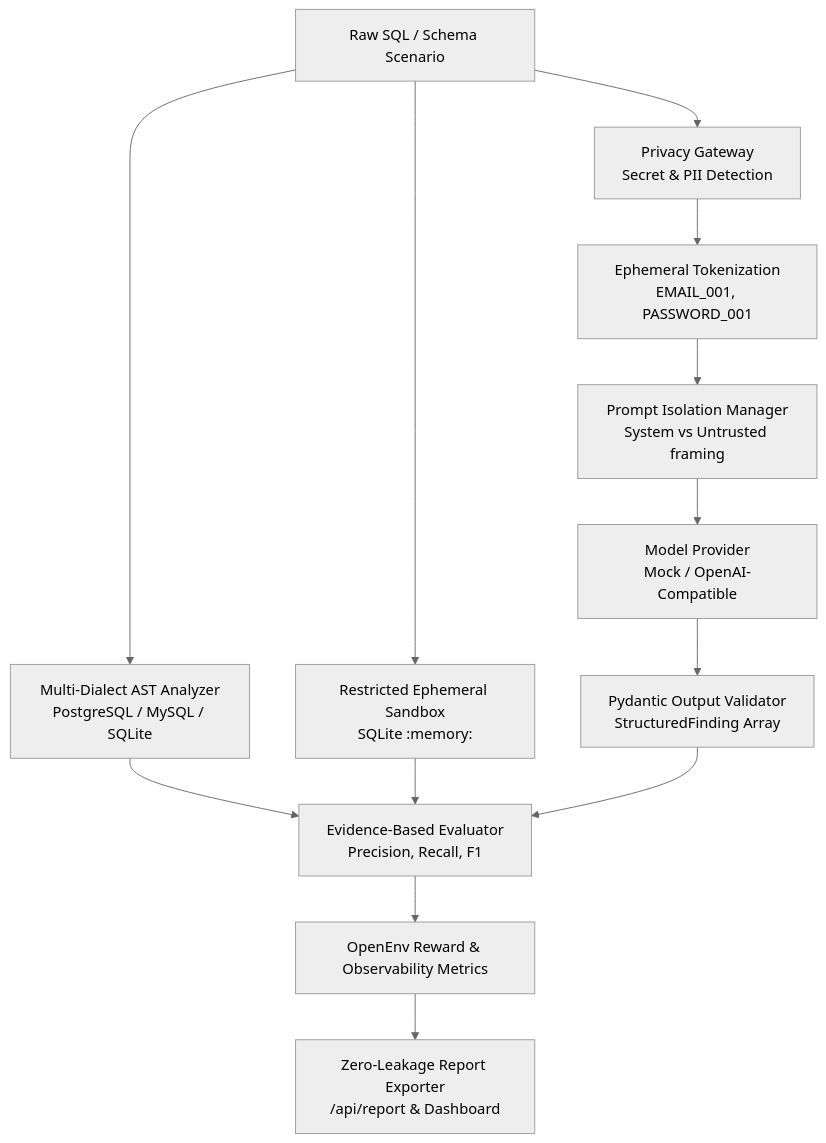
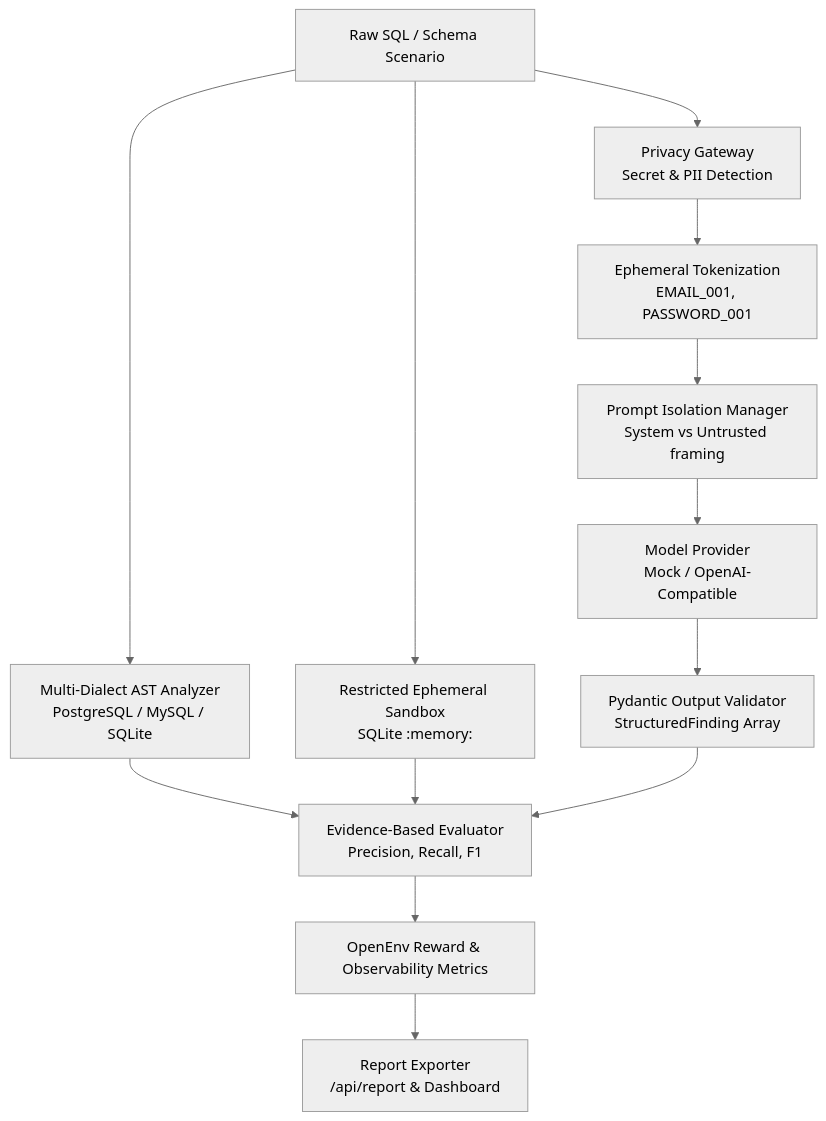
One commit to 0ANSHKUMARSINGH4/sql-review-env changed the diagram in README.md. Above: the diagram before and after it, drawn with Mermaid (neutral theme). The commit also changed other lines of this file, not shown here.

````diff
--- a/README.md
+++ b/README.md
@@ -36,18 +46,18 @@
 ```mermaid
 graph TD
     RawInput[Raw SQL / Schema Scenario] --> Gateway[Privacy Gateway<br/>Secret & PII Detection]
     Gateway --> Tokenizer[Ephemeral Tokenization<br/>EMAIL_001, PASSWORD_001]
     Tokenizer --> Isolation[Prompt Isolation Manager<br/>System vs Untrusted framing]
     Isolation --> Provider[Model Provider<br/>Mock / OpenAI-Compatible]
     Provider --> OutputValidation[Pydantic Output Validator<br/>StructuredFinding Array]
     
     RawInput --> ASTAnalyzer[Multi-Dialect AST Analyzer<br/>PostgreSQL / MySQL / SQLite]
     RawInput --> Sandbox[Restricted Ephemeral Sandbox<br/>SQLite :memory:]
     
     ASTAnalyzer --> Evaluator[Evidence-Based Evaluator<br/>Precision, Recall, F1]
     Sandbox --> Evaluator
     OutputValidation --> Evaluator
     
     Evaluator --> RewardState[OpenEnv Reward & Observability Metrics]
-    RewardState --> ReportExporter[Zero-Leakage Report Exporter<br/>/api/report & Dashboard]
+    RewardState --> ReportExporter[Report Exporter<br/>/api/report & Dashboard]
 ```
````
